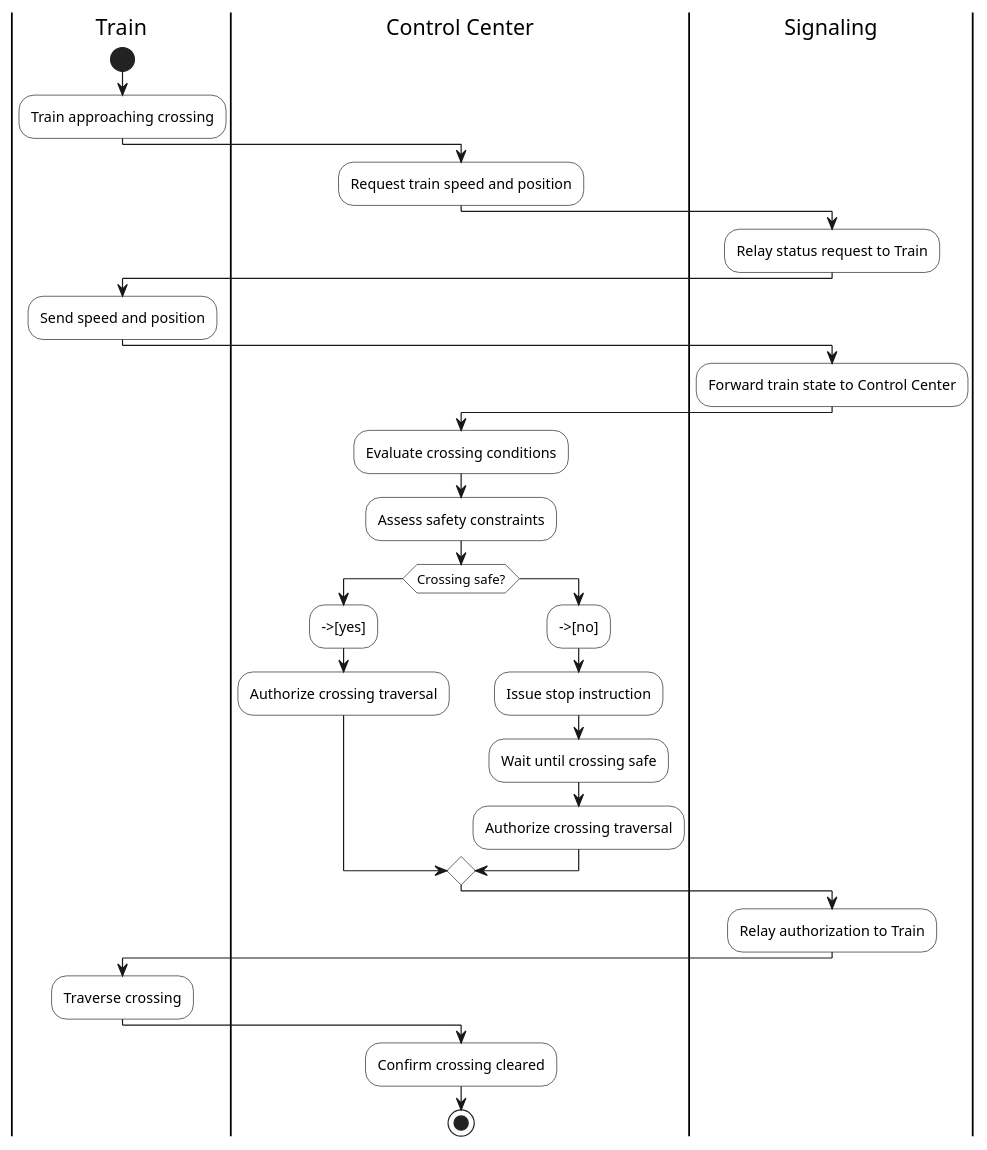
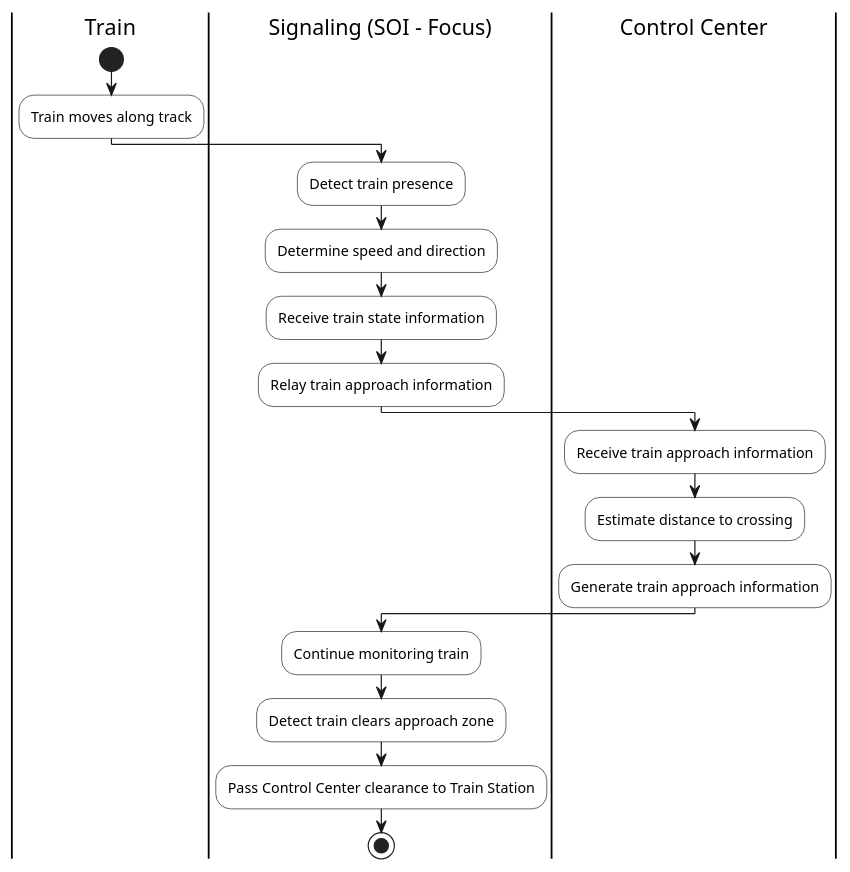
The diagram in Functional Analysis/Scenario 2/Signalling.puml (nachimageshnachi/Requirements-Engineering), drawn with PlantUML before and after one commit. The commit also changed 8 other files, not shown here.

Commit message:
Initial commit: Added station operation diagrams

```diff
--- a/Functional Analysis/Scenario 2/Signalling.puml
+++ b/Functional Analysis/Scenario 2/Signalling.puml
@@ -1,48 +1,29 @@
 @startuml
 skinparam monochrome true
 skinparam activity {
   BackgroundColor White
   BorderColor Black
 }
 
 |Train|
 start
-:Train approaching crossing;
+:Train moves along track;
+
+|Signaling (SOI – Focus)|
+:Detect train presence;
+:Determine speed and direction;
+:Receive train state information;
+:Relay train approach information;
 
 |Control Center|
-:Request train speed and position;
+:Receive train approach information;
+:Estimate distance to crossing;
+:Generate train approach information;
 
-|Signaling|
-:Relay status request to Train;
-
-|Train|
-:Send speed and position;
-
-|Signaling|
-:Forward train state to Control Center;
-
-|Control Center|
-:Evaluate crossing conditions;
-:Assess safety constraints;
-
-if (Crossing safe?) then
-  -->[yes]
-  :Authorize crossing traversal;
-else
-  -->[no]
-  :Issue stop instruction;
-  :Wait until crossing safe;
-  :Authorize crossing traversal;
-endif
-
-|Signaling|
-:Relay authorization to Train;
-
-|Train|
-:Traverse crossing;
-
-|Control Center|
-:Confirm crossing cleared;
+|Signaling (SOI – Focus)|
+:Continue monitoring train;
+:Detect train clears approach zone;
+:Pass Control Center clearance to Train Station;
 
 stop
 @enduml
```
